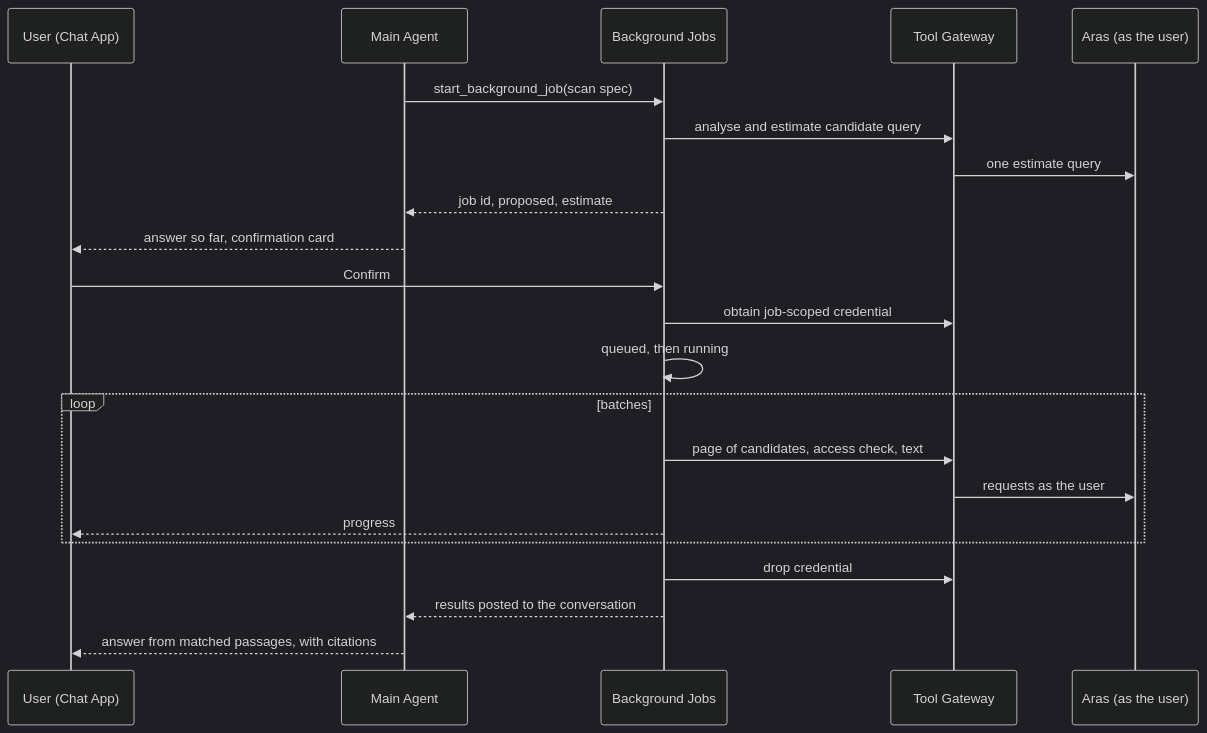
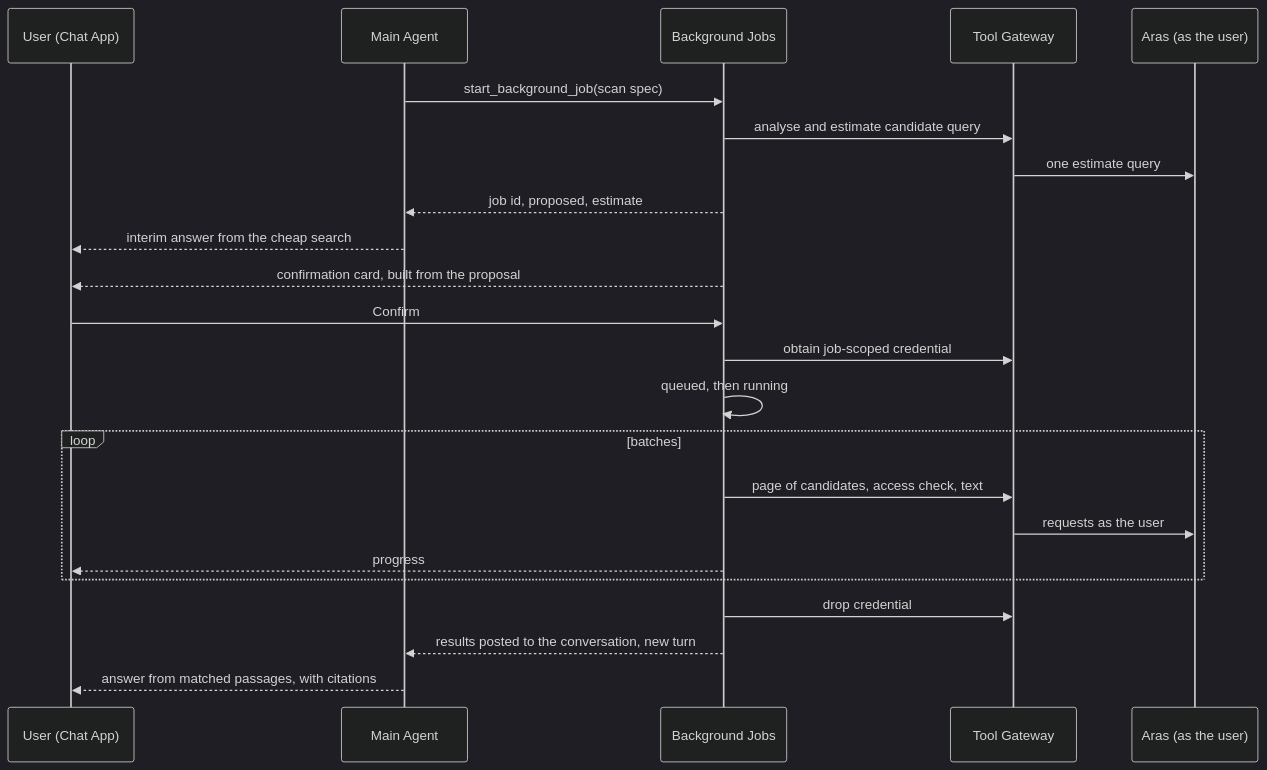
Before and after one commit to omkarbhale/aras-insight: the second of 2 diagrams in docs/specs/background-jobs.md, drawn with Mermaid (dark theme). The commit also changed other lines of this file and 99 other files, not shown here.

````diff
--- a/docs/specs/background-jobs.md
+++ b/docs/specs/background-jobs.md
@@ -133,24 +138,25 @@
 ```mermaid
 sequenceDiagram
     participant U as User (Chat App)
     participant MA as Main Agent
     participant BJ as Background Jobs
     participant G as Tool Gateway
     participant A as Aras (as the user)
     MA->>BJ: start_background_job(scan spec)
     BJ->>G: analyse and estimate candidate query
     G->>A: one estimate query
     BJ-->>MA: job id, proposed, estimate
-    MA-->>U: answer so far, confirmation card
+    MA-->>U: interim answer from the cheap search
+    BJ-->>U: confirmation card, built from the proposal
     U->>BJ: Confirm
     BJ->>G: obtain job-scoped credential
     BJ->>BJ: queued, then running
     loop batches
         BJ->>G: page of candidates, access check, text
         G->>A: requests as the user
         BJ-->>U: progress
     end
     BJ->>G: drop credential
-    BJ-->>MA: results posted to the conversation
+    BJ-->>MA: results posted to the conversation, new turn
     MA-->>U: answer from matched passages, with citations
 ```
````
